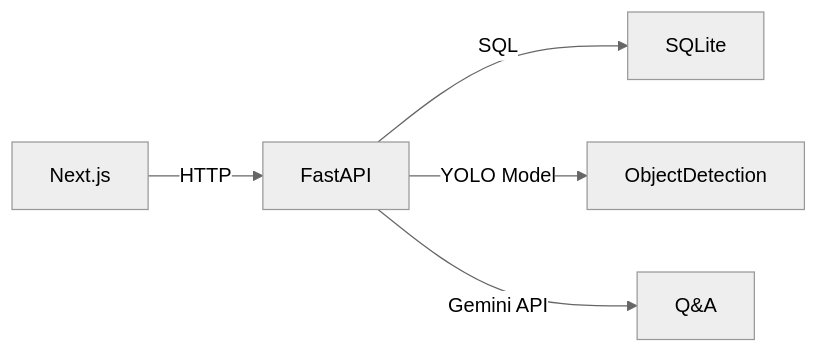
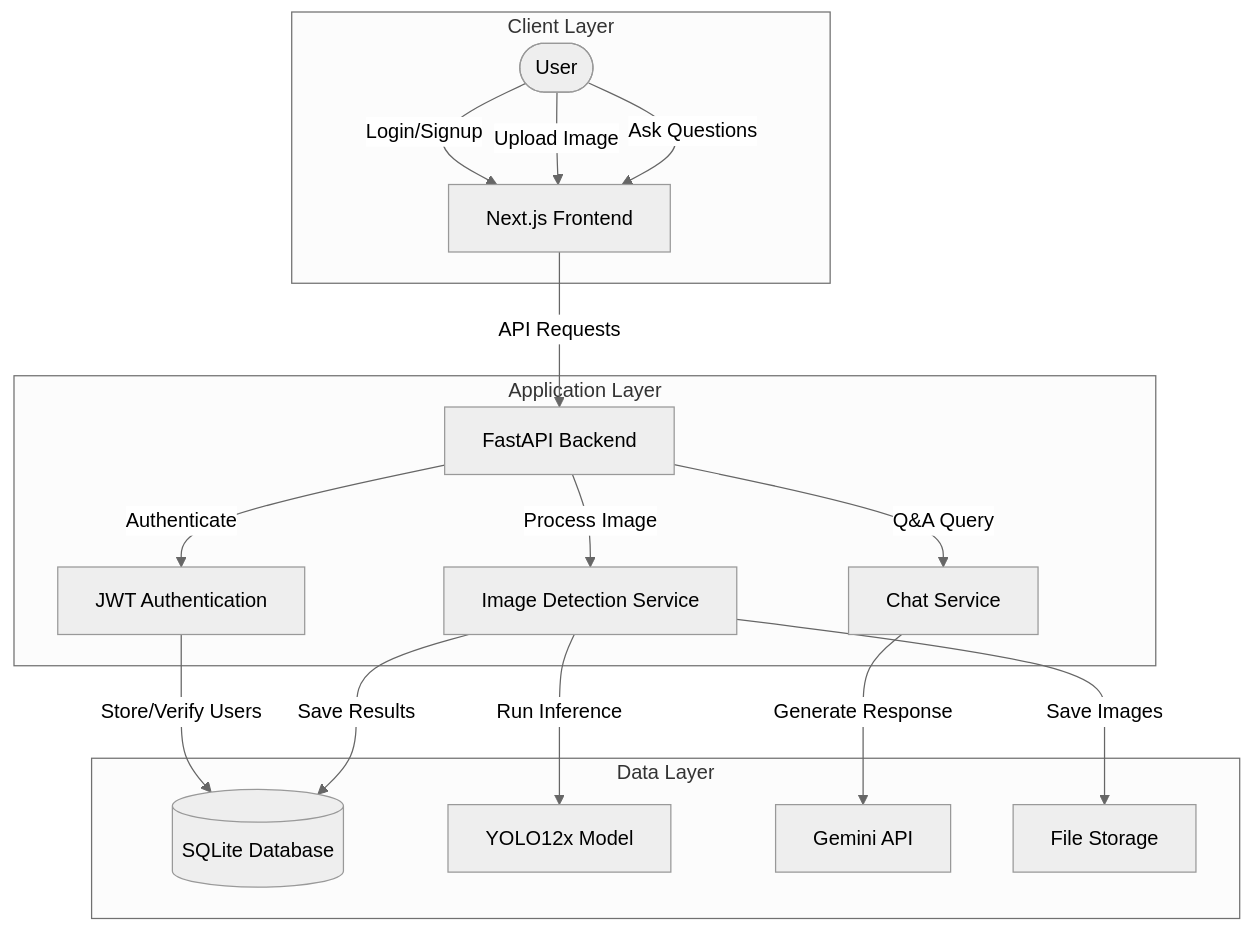
One commit to jayeeed/image-analysis-yolo changed the diagram in README.md. Above: the diagram before and after it, drawn with Mermaid (neutral theme). The commit also changed other lines of this file and 4 other files, not shown here.

````diff
--- a/README.md
+++ b/README.md
@@ -37,7 +38,37 @@
 ```mermaid
-graph LR
-    Frontend[Next.js] -->|HTTP| Backend[FastAPI]
-    Backend -->|SQL| Database[SQLite]
-    Backend -->|YOLO Model| ObjectDetection
-    Backend -->|Gemini API| Q&A
+graph TB
+    subgraph "Client Layer"
+        User([User])
+        Browser[Next.js Frontend]
+    end
+    
+    subgraph "Application Layer"
+        API[FastAPI Backend]
+        Auth[JWT Authentication]
+        Detection[Image Detection Service]
+        Chat[Chat Service]
+    end
+    
+    subgraph "Data Layer"
+        DB[(SQLite Database)]
+        YOLO[YOLO12x Model]
+        Gemini[Gemini API]
+        Storage[File Storage]
+    end
+    
+    User -->|Login/Signup| Browser
+    User -->|Upload Image| Browser
+    User -->|Ask Questions| Browser
+    
+    Browser -->|API Requests| API
+    
+    API -->|Authenticate| Auth
+    API -->|Process Image| Detection
+    API -->|Q&A Query| Chat
+    
+    Auth -->|Store/Verify Users| DB
+    Detection -->|Run Inference| YOLO
+    Detection -->|Save Images| Storage
+    Detection -->|Save Results| DB
+    Chat -->|Generate Response| Gemini
 ```
````
